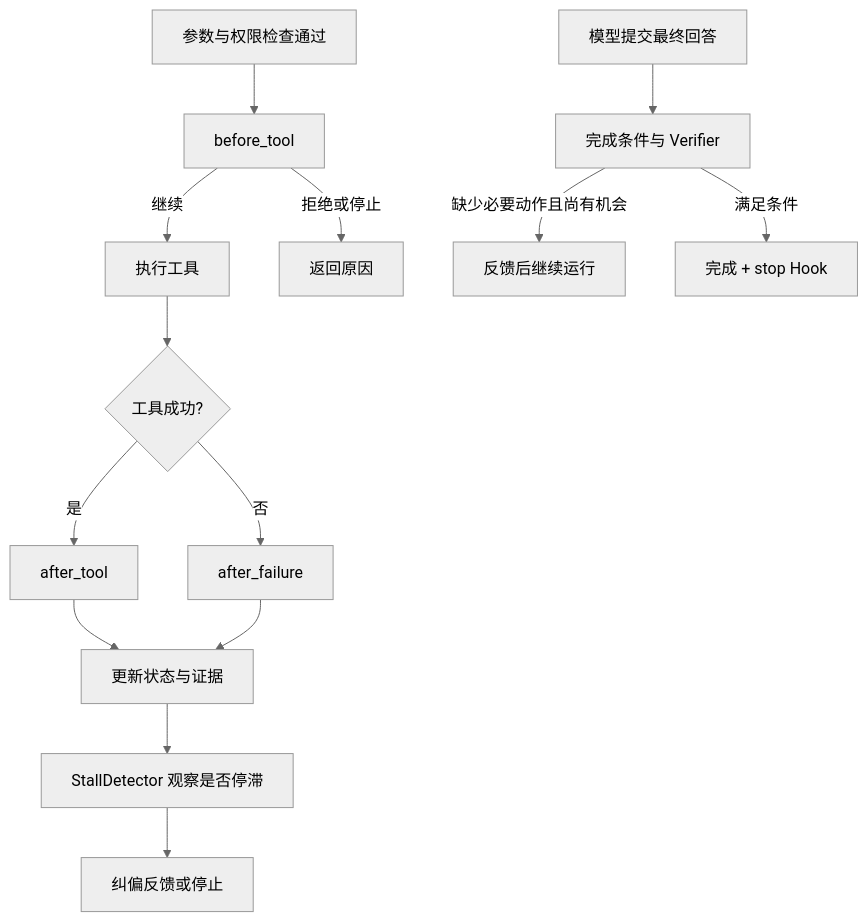
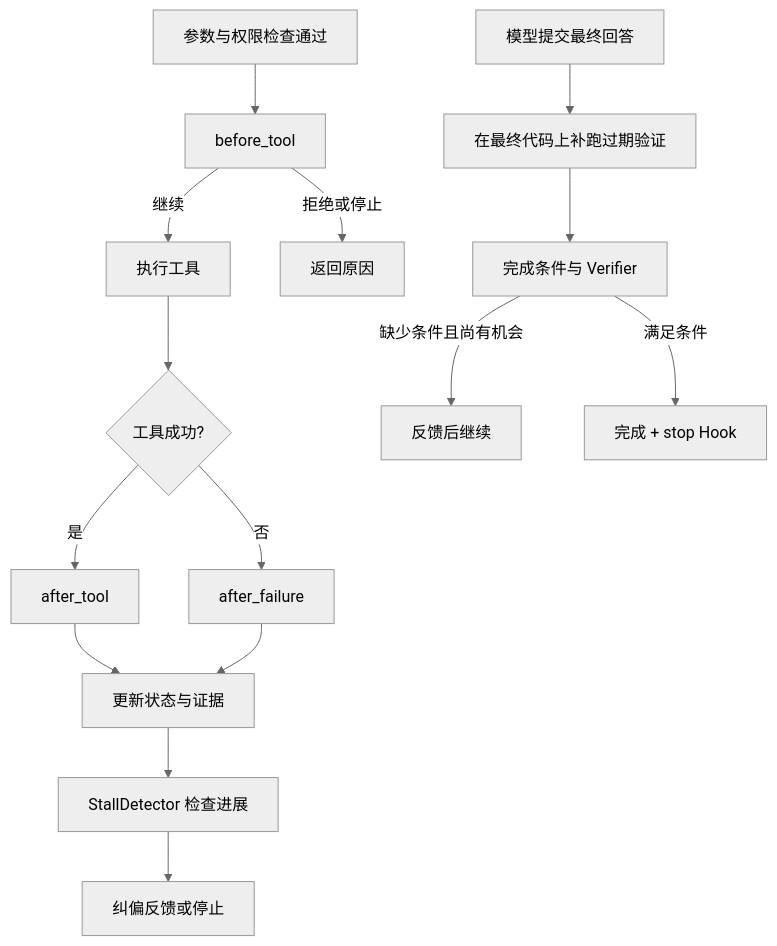
One commit to prossiblezero/Aster changed the diagram in docs/learning/08-hooks-and-completion.md. Above: the diagram before and after it, drawn with Mermaid (neutral theme). The commit also changed other lines of this file and 7 other files, not shown here.

````diff
--- a/docs/learning/08-hooks-and-completion.md
+++ b/docs/learning/08-hooks-and-completion.md
@@ -17,16 +11,17 @@
 ```mermaid
 flowchart TD
     A[参数与权限检查通过] --> B[before_tool]
     B -->|继续| C[执行工具]
     B -->|拒绝或停止| D[返回原因]
     C --> E{工具成功?}
     E -->|是| F[after_tool]
     E -->|否| G[after_failure]
     F --> H[更新状态与证据]
     G --> H
-    H --> I[StallDetector 观察是否停滞]
+    H --> I[StallDetector 检查进展]
     I --> J[纠偏反馈或停止]
-    K[模型提交最终回答] --> L[完成条件与 Verifier]
-    L -->|缺少必要动作且尚有机会| M[反馈后继续运行]
+    K[模型提交最终回答] --> R[在最终代码上补跑过期验证]
+    R --> L[完成条件与 Verifier]
+    L -->|缺少条件且尚有机会| M[反馈后继续]
     L -->|满足条件| N[完成 + stop Hook]
 ```
````
